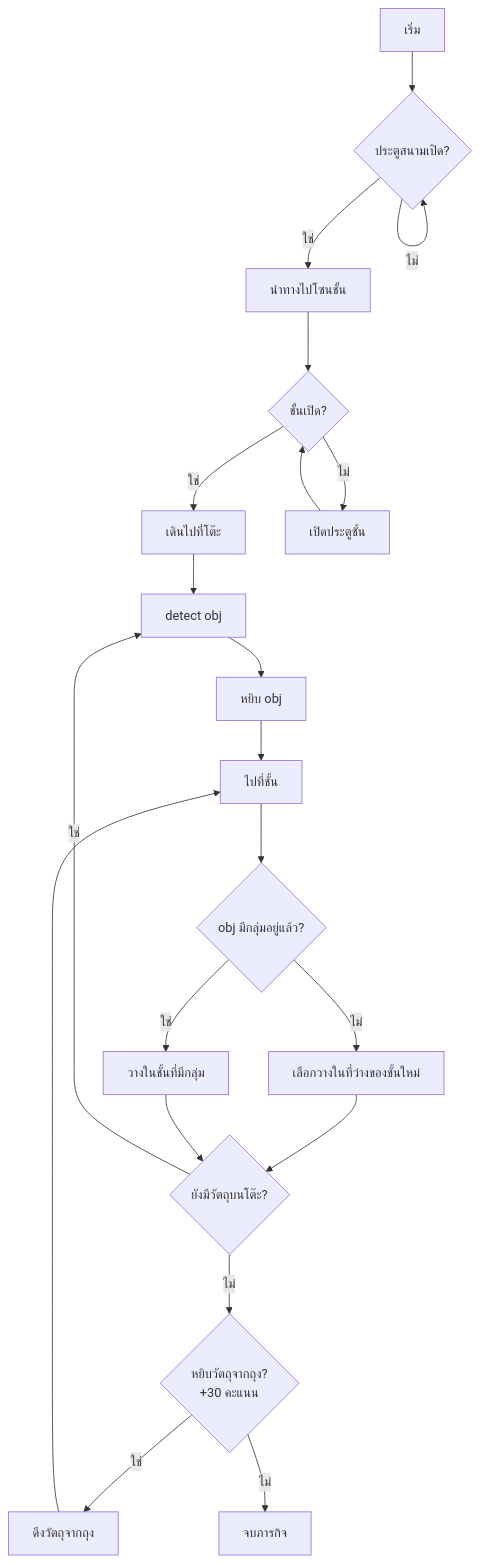
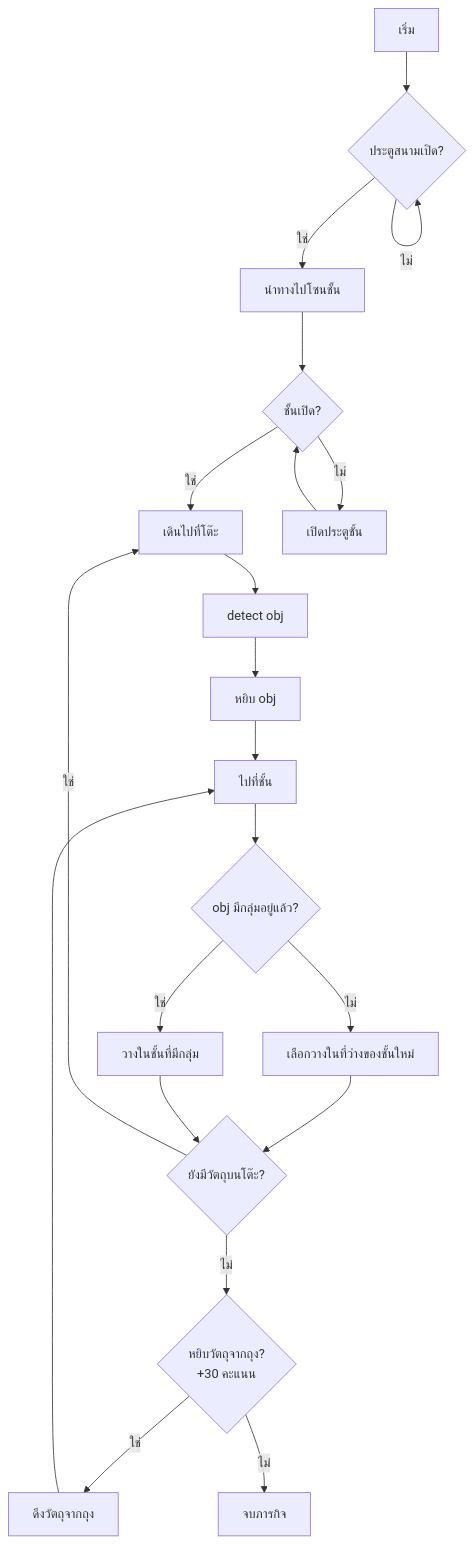
Before and after one commit to NapatzZ/state-robocup: the diagram in StoringGroceries.md, drawn with Mermaid.

````diff
--- a/StoringGroceries.md
+++ b/StoringGroceries.md
@@ -1,30 +1,30 @@
 ```mermaid
 flowchart TD
     A[เริ่ม] --> B{ประตูสนามเปิด?}
     B -->|ใช่| C[นำทางไปโซนชั้น]
     B -->|ไม่| B
     
     C --> D{ชั้นเปิด?}
     D -->|ใช่| E[เดินไปที่โต๊ะ]
     D -->|ไม่| F[เปิดประตูชั้น]
     F --> D
     
     E --> G[detect obj]
     G --> PP[หยิบ obj]
     PP --> H[ไปที่ชั้น]
     H --> I{obj มีกลุ่มอยู่แล้ว?}
     I -->|ใช่| U[วางในชั้นที่มีกลุ่ม]
     I -->|ไม่| KK[เลือกวางในที่ว่างของชั้นใหม่]
     KK --> V
     
     U --> V{ยังมีวัตถุบนโต๊ะ?}
-    V -->|ใช่| G
+    V -->|ใช่| E
     V -->|ไม่| W{หยิบวัตถุจากถุง? \n +30 คะแนน}
     
     W -->|ใช่| X[ดึงวัตถุจากถุง]
     X --> H
     W -->|ไม่| Z[จบภารกิจ]
     
 
 
 ```
````
